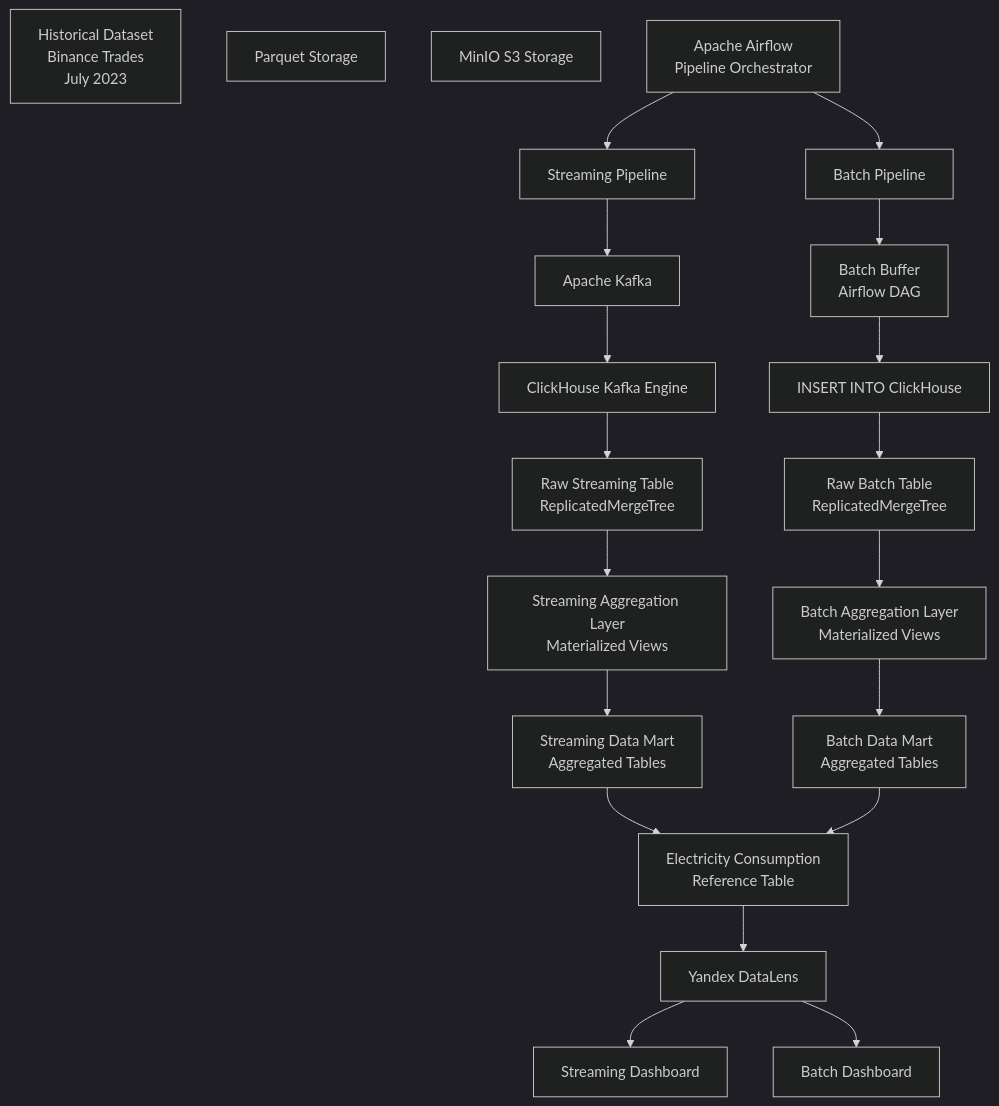
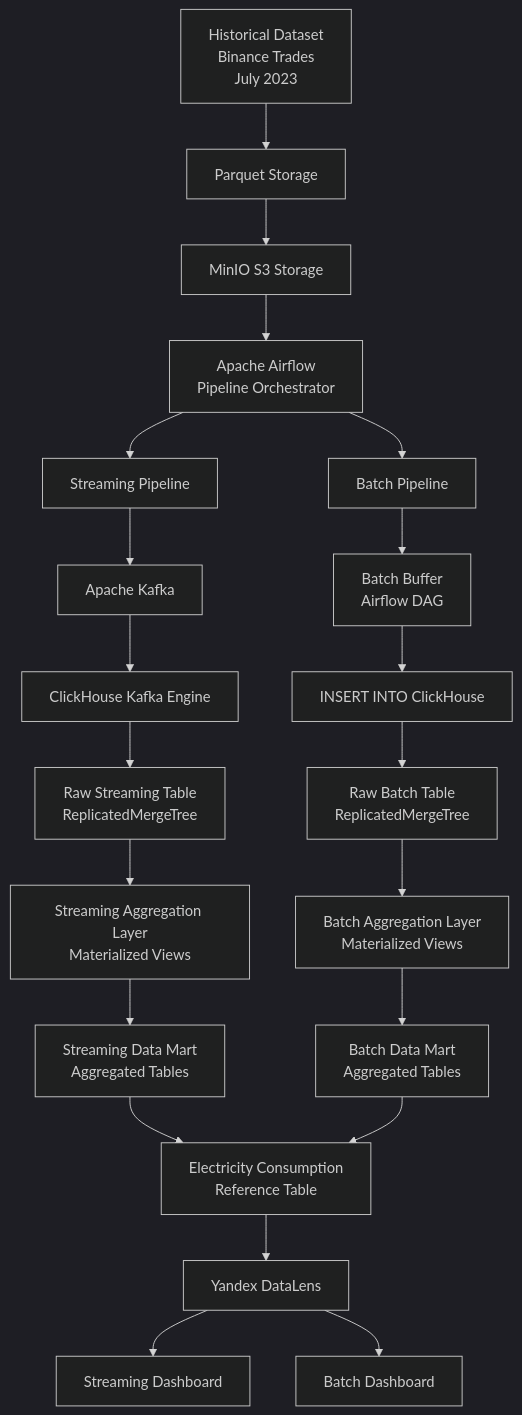
One commit to realexpert1C/clickhouse-course changed the first of 4 diagrams in project_final/README.md. Above: the diagram before and after it, drawn with Mermaid (dark theme).

Commit message:
Editing general scheme 2

````diff
--- a/project_final/README.md
+++ b/project_final/README.md
@@ -111,40 +111,45 @@
 ```mermaid
 flowchart TD
 
 A[Historical Dataset<br>Binance Trades<br>July 2023]
 B[Parquet Storage]
 C[MinIO S3 Storage]
 D[Apache Airflow<br>Pipeline Orchestrator]
 
+%% SOURCE CHAIN
+A --> B
+B --> C
+C --> D
+
 %% PIPELINE SPLIT
 D --> E[Streaming Pipeline]
 D --> F[Batch Pipeline]
 
-%% STREAMING
+%% STREAMING PIPELINE
 E --> G[Apache Kafka]
 G --> I[ClickHouse Kafka Engine]
 I --> K[Raw Streaming Table<br>ReplicatedMergeTree]
 K --> M1[Streaming Aggregation Layer<br>Materialized Views]
 M1 --> N1[Streaming Data Mart<br>Aggregated Tables]
 
-%% BATCH
+%% BATCH PIPELINE
 F --> H[Batch Buffer<br>Airflow DAG]
 H --> J[INSERT INTO ClickHouse]
 J --> L[Raw Batch Table<br>ReplicatedMergeTree]
 L --> M2[Batch Aggregation Layer<br>Materialized Views]
 M2 --> N2[Batch Data Mart<br>Aggregated Tables]
 
 %% REFERENCE DATA
 O[Electricity Consumption<br>Reference Table]
 
 N1 --> O
 N2 --> O
 
-%% BI
+%% BI LAYER
 P[Yandex DataLens]
 
 O --> P
 
 P --> Q[Streaming Dashboard]
 P --> R[Batch Dashboard]
 ```
````
